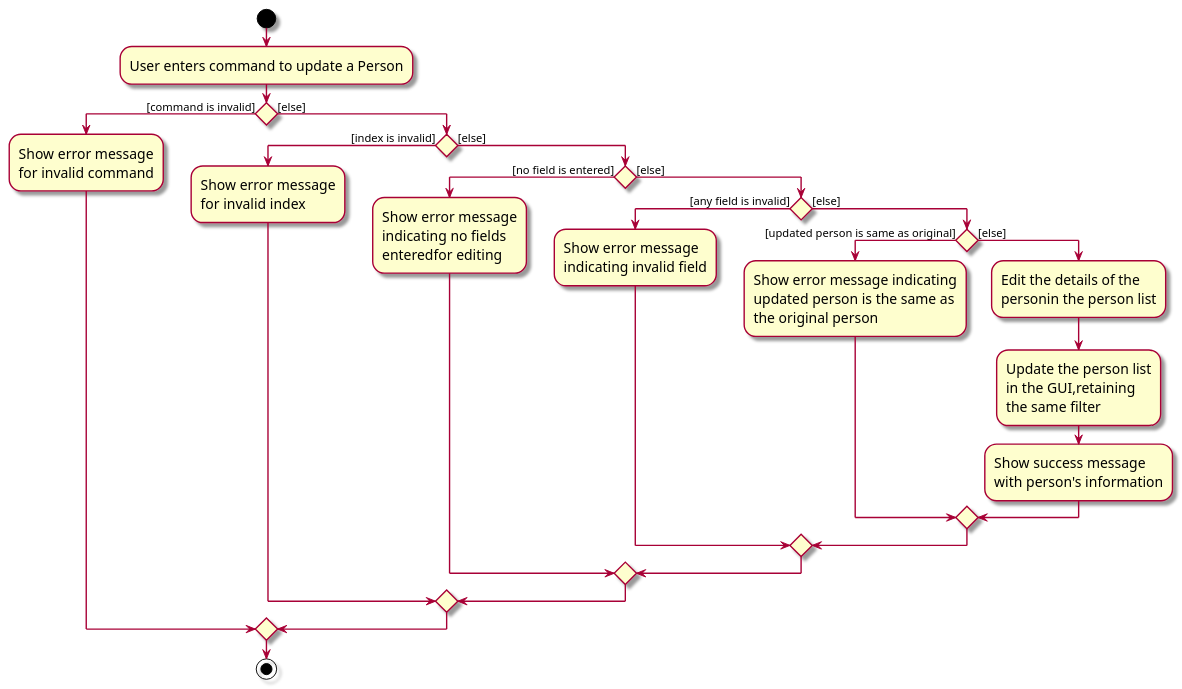
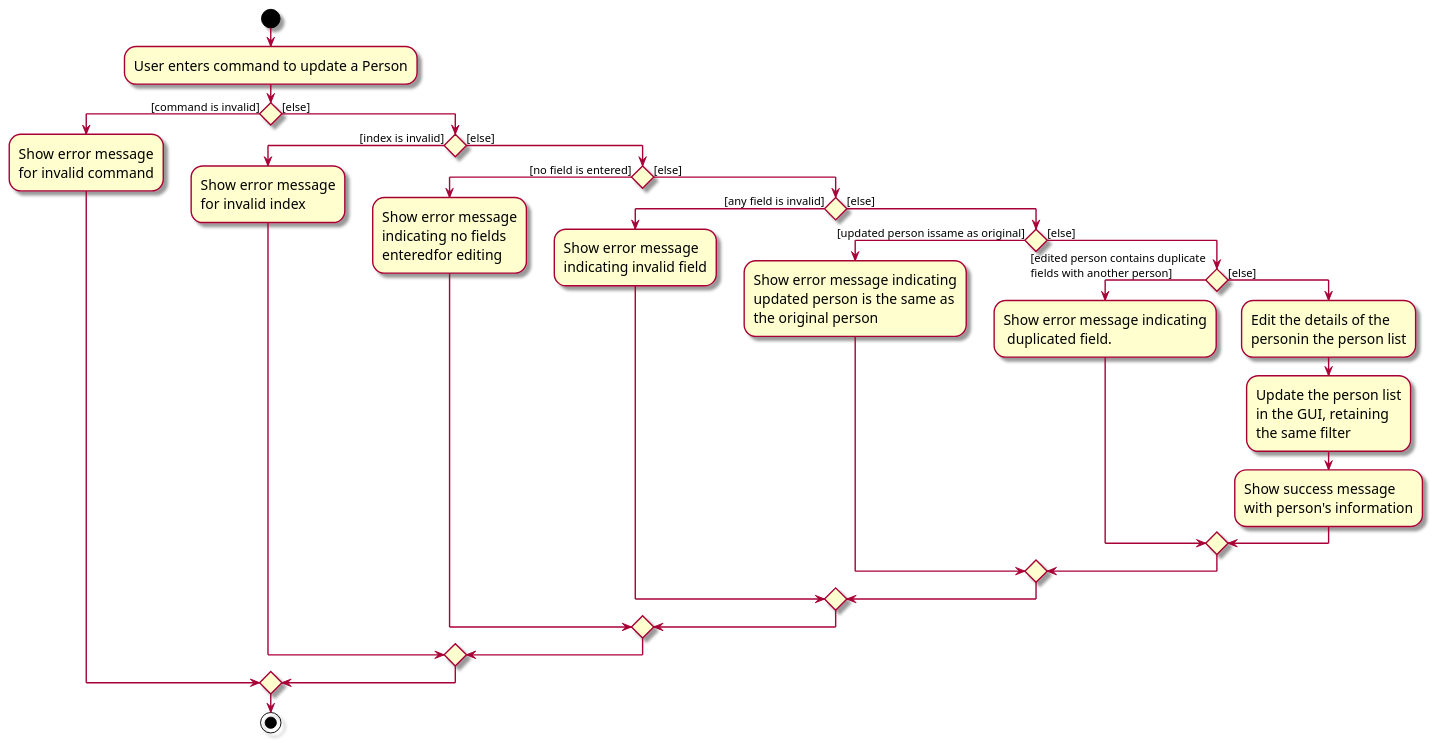
The diagram in docs/diagrams/EditCommandActivityDiagram.puml (nus-cs2103-AY2324S2/tp), drawn with PlantUML before and after one commit. The commit also changed 1 other file, not shown here.

Commit message:
Update Developer Guide with implementation details of EditCommand

```diff
--- a/docs/diagrams/EditCommandActivityDiagram.puml
+++ b/docs/diagrams/EditCommandActivityDiagram.puml
@@ -1,34 +1,38 @@
 @startuml
 skin rose
 skinparam ActivityFontSize 15
 skinparam ArrowFontSize 12
 
 start
 :User enters command to update a Person;
 
 if () then ([command is invalid])
     :Show error message\nfor invalid command;
 else ([else])
     if () then ([index is invalid])
         :Show error message\nfor invalid index;
     else ([else])
         if () then ([no field is entered])
             :Show error message\nindicating no fields\nenteredfor editing;
         else ([else])
             if () then ([any field is invalid])
                 :Show error message\nindicating invalid field;
                 else ([else])
-                    if () then ([updated person is same as original])
+                    if () then ([updated person issame as original])
                         :Show error message indicating\nupdated person is the same as\nthe original person;
                     else ([else])
-                        :Edit the details of the\npersonin the person list;
-                        :Update the person list\nin the GUI,retaining\nthe same filter;
-                        :Show success message\nwith person's information;
+                        if () then ([edited person contains duplicate\nfields with another person])
+                            :Show error message indicating\n duplicated field.;
+                        else ([else])
+                            :Edit the details of the\npersonin the person list;
+                            :Update the person list\nin the GUI, retaining\nthe same filter;
+                            :Show success message\nwith person's information;
+                        endif;
                     endif;
             endif;
         endif
     endif
 endif
 
 stop
 @enduml
```
